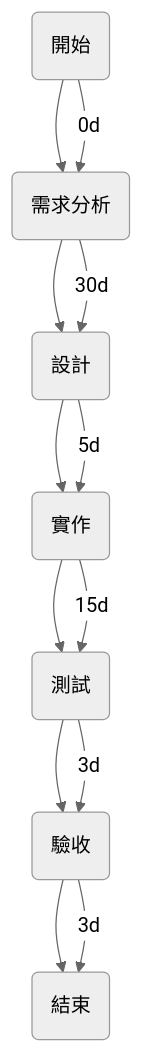
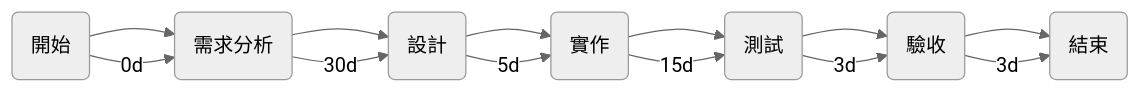
Before and after one commit to gino2066/-: the third of 3 diagrams in README.md, drawn with Mermaid (neutral theme).

````diff
--- a/README.md
+++ b/README.md
@@ -35,17 +35,17 @@
 ```mermaid
-graph TD
+graph LR
     A(開始) --> B(需求分析)
     B --> C(設計)
     C --> D(實作)
     D --> E(測試)
     E --> F(驗收)
     F --> G(結束)
 
     %% 設定每個任務的持續時間
     A -->|0d| B
     B -->|30d| C
     C -->|5d| D
     D -->|15d| E
     E -->|3d| F
     F -->|3d| G
 ```
````
